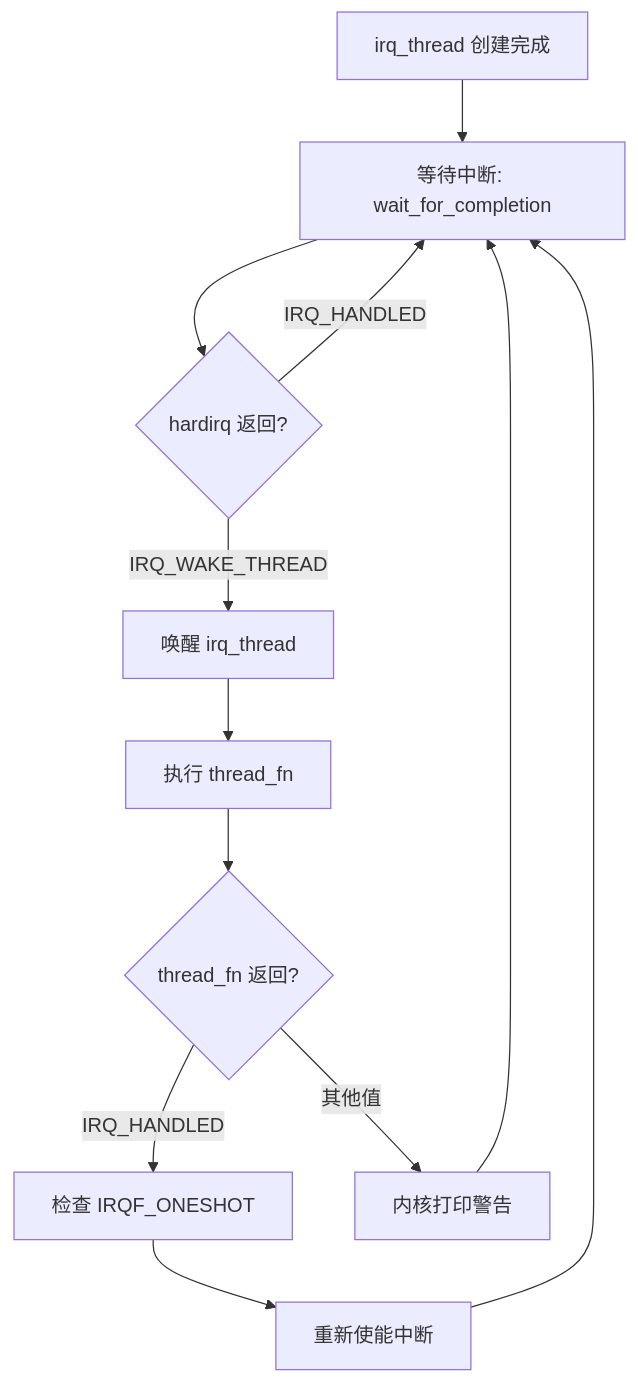
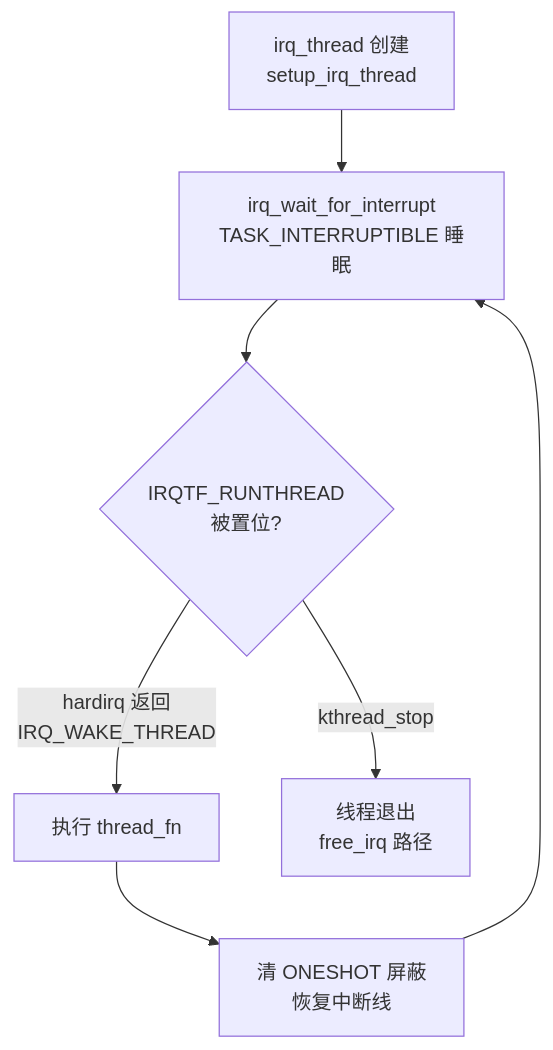
Before and after one commit to xiaohong0925/Embedded_Knowledge_System_V2026: the diagram in docs/02-核心机制深度解析/第10章 中断与时间/10.4.2_request_threaded_irq机制.md, drawn with Mermaid. The commit also changed other lines of this file and 65 other files, not shown here.

````diff
--- a/docs/02-核心机制深度解析/第10章 中断与时间/10.4.2_request_threaded_irq机制.md
+++ b/docs/02-核心机制深度解析/第10章 中断与时间/10.4.2_request_threaded_irq机制.md
@@ -165,14 +176,9 @@
 ```mermaid
 flowchart TD
-    A[irq_thread 创建完成] --> B[等待中断: wait_for_completion]
-    B --> C{hardirq 返回?}
-    C -->|IRQ_WAKE_THREAD| D[唤醒 irq_thread]
-    C -->|IRQ_HANDLED| B
-    D --> E[执行 thread_fn]
-    E --> F{thread_fn 返回?}
-    F -->|IRQ_HANDLED| G[检查 IRQF_ONESHOT]
-    G --> H[重新使能中断]
-    H --> B
-    F -->|其他值| I[内核打印警告]
-    I --> B
+    A[irq_thread 创建<br>setup_irq_thread] --> B[irq_wait_for_interrupt<br>TASK_INTERRUPTIBLE 睡眠]
+    B --> C{IRQTF_RUNTHREAD<br>被置位?}
+    C -->|hardirq 返回<br>IRQ_WAKE_THREAD| D[执行 thread_fn]
+    C -->|kthread_stop| Z[线程退出<br>free_irq 路径]
+    D --> E[清 ONESHOT 屏蔽<br>恢复中断线]
+    E --> B
 ```
````
